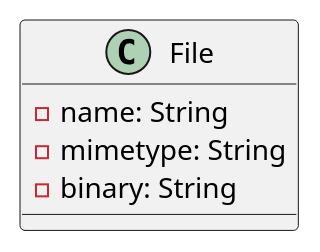
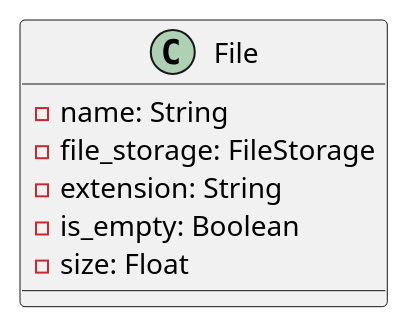
One commit to Dino-Soft/love-converter-docs changed the diagram in docs/class-diagrams/file.puml. Above: the diagram before and after it, drawn with PlantUML. The commit also changed 1 other file, not shown here.

Commit message:
Upload changes in diagrams

```diff
--- a/docs/class-diagrams/file.puml
+++ b/docs/class-diagrams/file.puml
@@ -1,7 +1,9 @@
 @startuml File class diagram
 class File {
     - name: String
-    - mimetype: String
-    - binary: String
+    - file_storage: FileStorage
+    - extension: String
+    - is_empty: Boolean
+    - size: Float
 }
 @enduml
```
